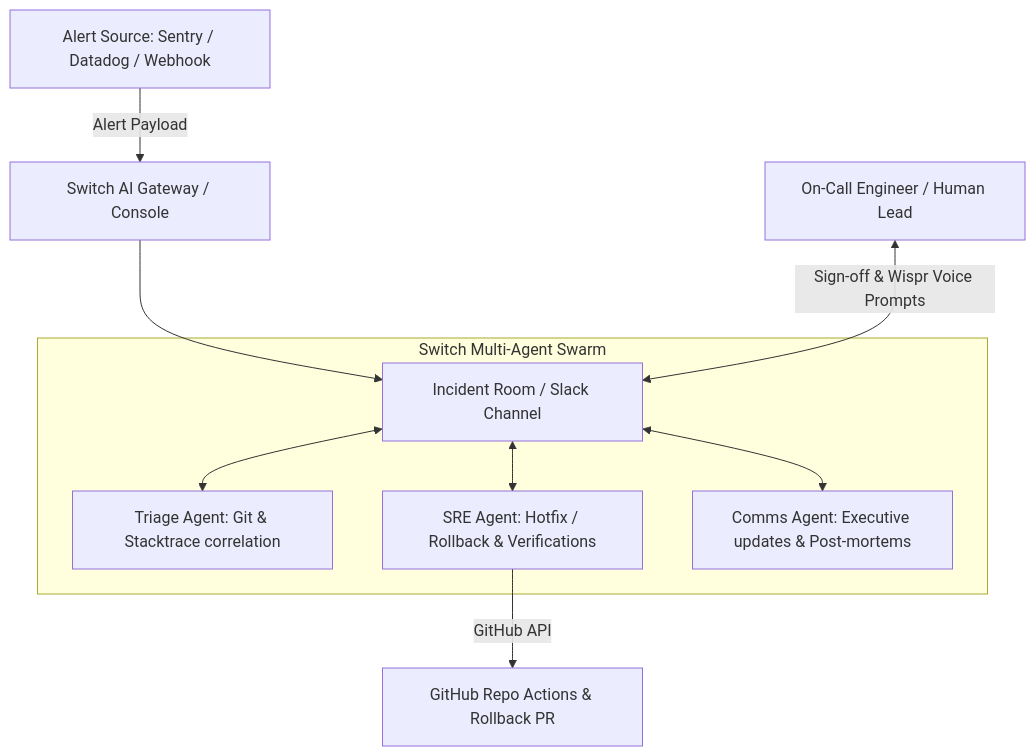
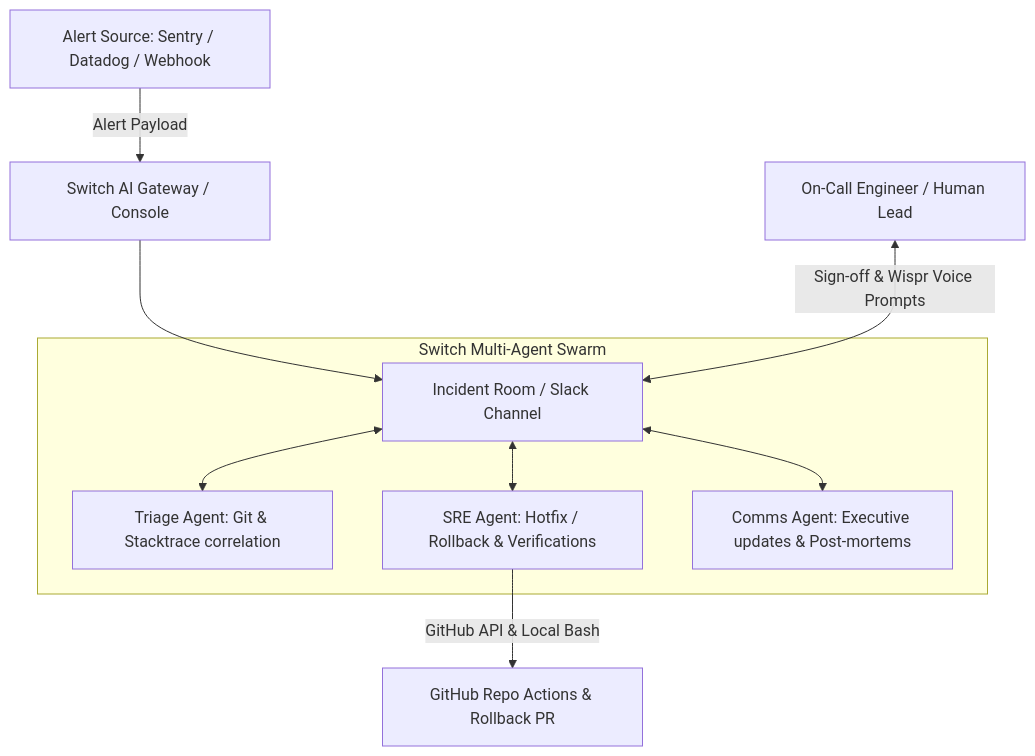
One commit to swatiicfai/IncidentRoom changed the diagram in README.md. Above: the diagram before and after it, drawn with Mermaid. The commit also changed other lines of this file, not shown here.

````diff
--- a/README.md
+++ b/README.md
@@ -54,14 +67,14 @@
 ```mermaid
 flowchart TD
     Alert[Alert Source: Sentry / Datadog / Webhook] -->|Alert Payload| SwitchGateway[Switch AI Gateway / Console]
     SwitchGateway --> Room[Incident Room / Slack Channel]
     
     subgraph "Switch Multi-Agent Swarm"
         Room <--> Triage[Triage Agent: Git & Stacktrace correlation]
         Room <--> SRE[SRE Agent: Hotfix / Rollback & Verifications]
         Room <--> Comms[Comms Agent: Executive updates & Post-mortems]
     end
 
     Human[On-Call Engineer / Human Lead] <-->|Sign-off & Wispr Voice Prompts| Room
-    SRE -->|GitHub API| Repo[GitHub Repo Actions & Rollback PR]
+    SRE -->|GitHub API & Local Bash| Repo[GitHub Repo Actions & Rollback PR]
 ```
````
